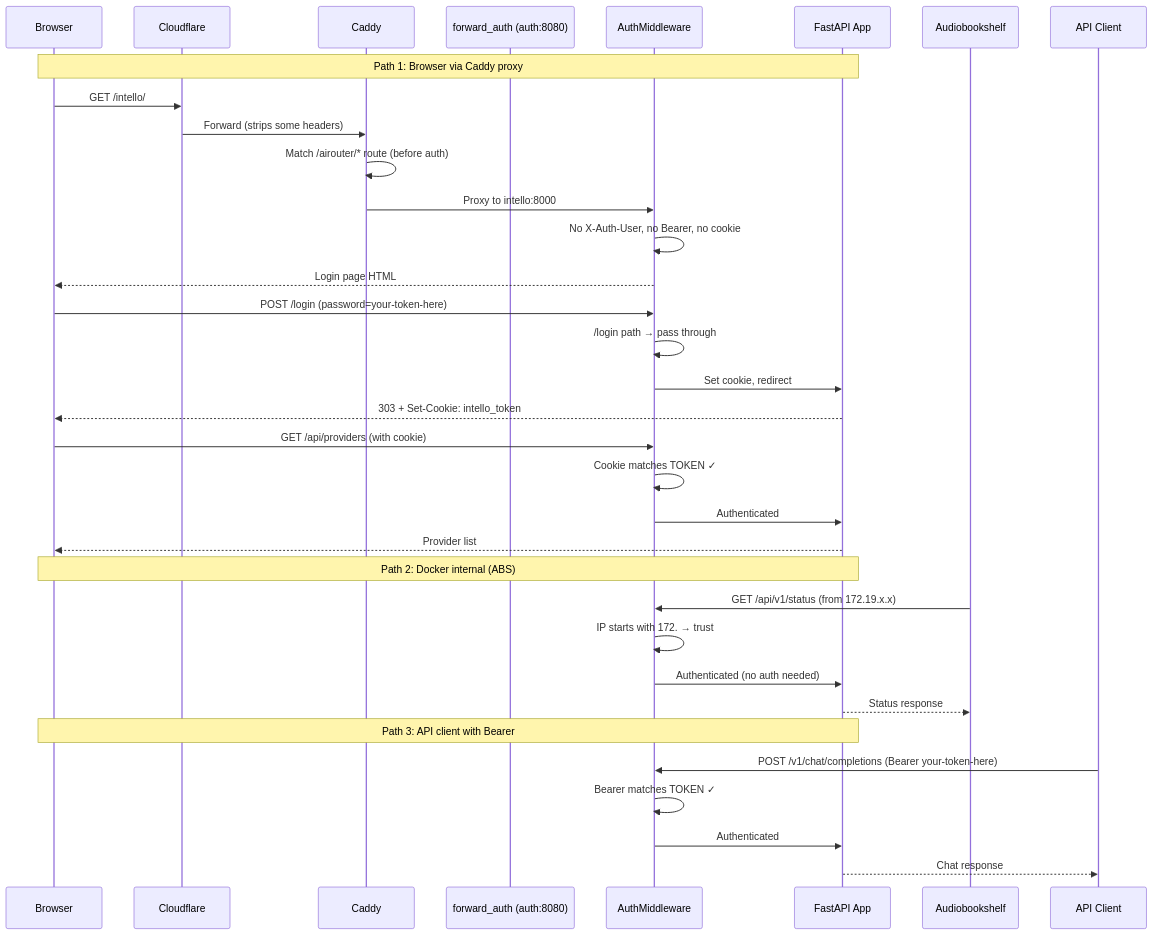
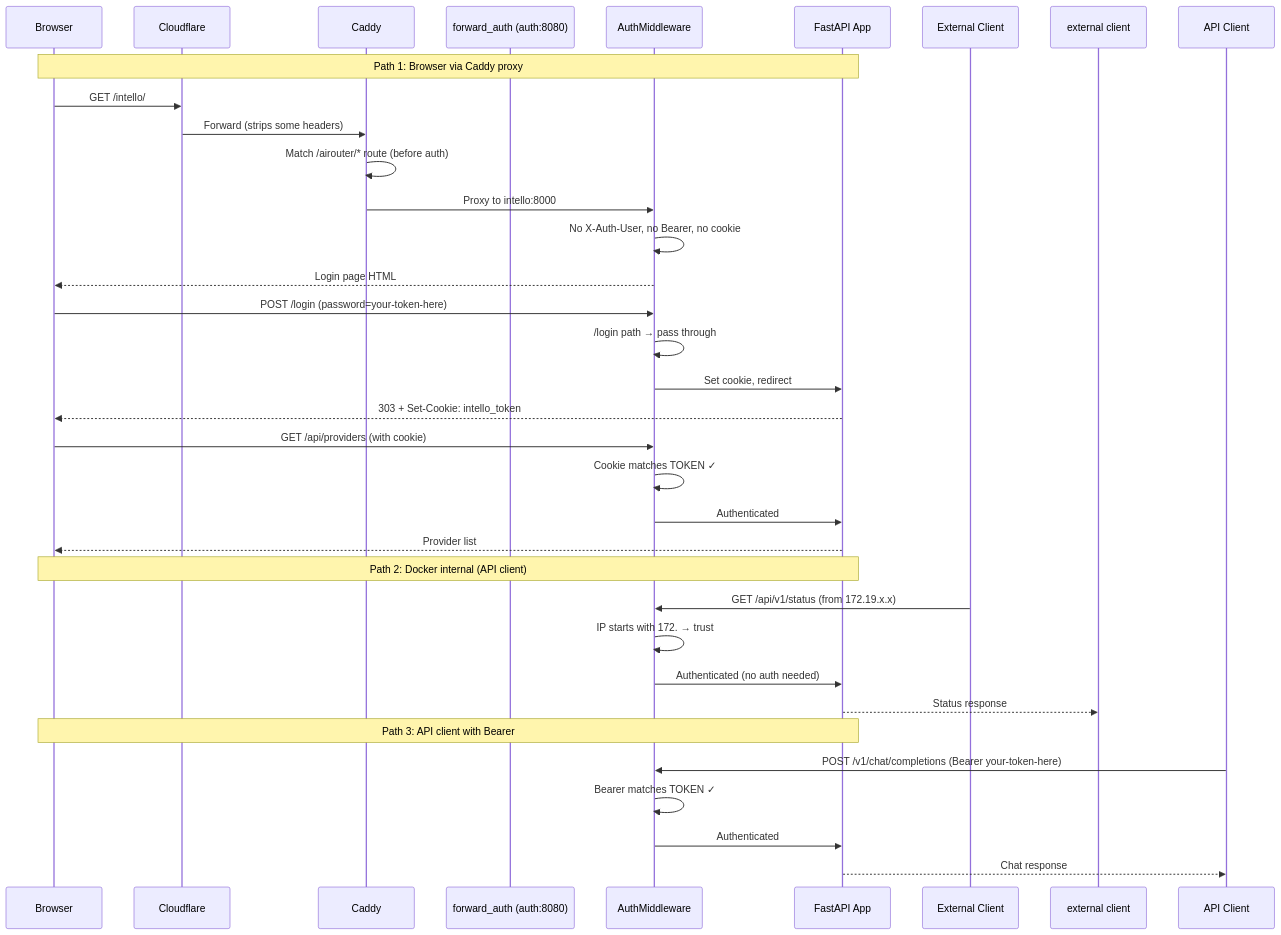
One commit to collaed/intello changed the seventh of 7 diagrams in docs/design.md. Above: the diagram before and after it, drawn with Mermaid. The commit also changed other lines of this file and 7 other files, not shown here.

Commit message:
Remove all references to external projects (ABS, Calibre, Sudowrite, Scrivener, BrainyCat) from docs and code

````diff
--- a/docs/design.md
+++ b/docs/design.md
@@ -368,41 +368,41 @@
 ```mermaid
 sequenceDiagram
     participant B as Browser
     participant CF as Cloudflare
     participant C as Caddy
     participant FA as forward_auth (auth:8080)
     participant AM as AuthMiddleware
     participant App as FastAPI App
 
     Note over B,App: Path 1: Browser via Caddy proxy
     B->>CF: GET /intello/
     CF->>C: Forward (strips some headers)
     C->>C: Match /airouter/* route (before auth)
     C->>AM: Proxy to intello:8000
     AM->>AM: No X-Auth-User, no Bearer, no cookie
     AM-->>B: Login page HTML
 
     B->>AM: POST /login (password=your-token-here)
     AM->>AM: /login path → pass through
     AM->>App: Set cookie, redirect
     App-->>B: 303 + Set-Cookie: intello_token
 
     B->>AM: GET /api/providers (with cookie)
     AM->>AM: Cookie matches TOKEN ✓
     AM->>App: Authenticated
     App-->>B: Provider list
 
-    Note over B,App: Path 2: Docker internal (ABS)
-    participant ABS as Audiobookshelf
-    ABS->>AM: GET /api/v1/status (from 172.19.x.x)
+    Note over B,App: Path 2: Docker internal (API client)
+    participant ExtClient as External Client
+    ExtClient->>AM: GET /api/v1/status (from 172.19.x.x)
     AM->>AM: IP starts with 172. → trust
     AM->>App: Authenticated (no auth needed)
-    App-->>ABS: Status response
+    App-->>external client: Status response
 
     Note over B,App: Path 3: API client with Bearer
     participant API as API Client
     API->>AM: POST /v1/chat/completions (Bearer your-token-here)
     AM->>AM: Bearer matches TOKEN ✓
     AM->>App: Authenticated
     App-->>API: Chat response
 ```
````
